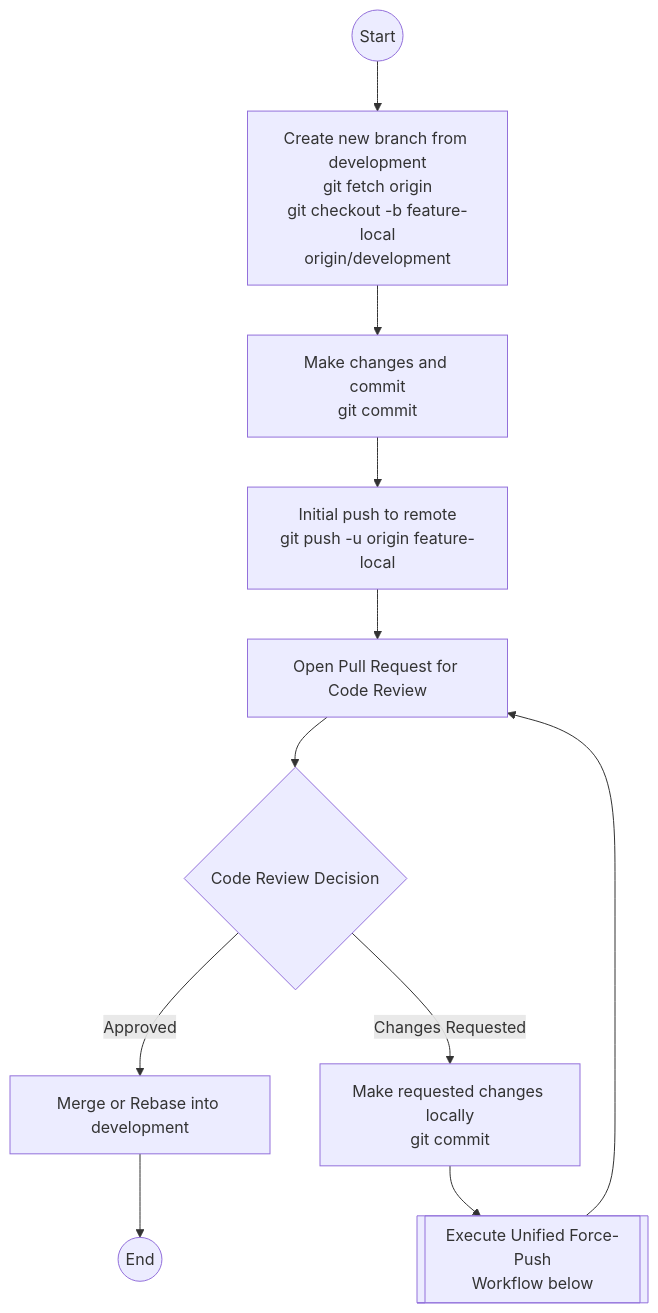
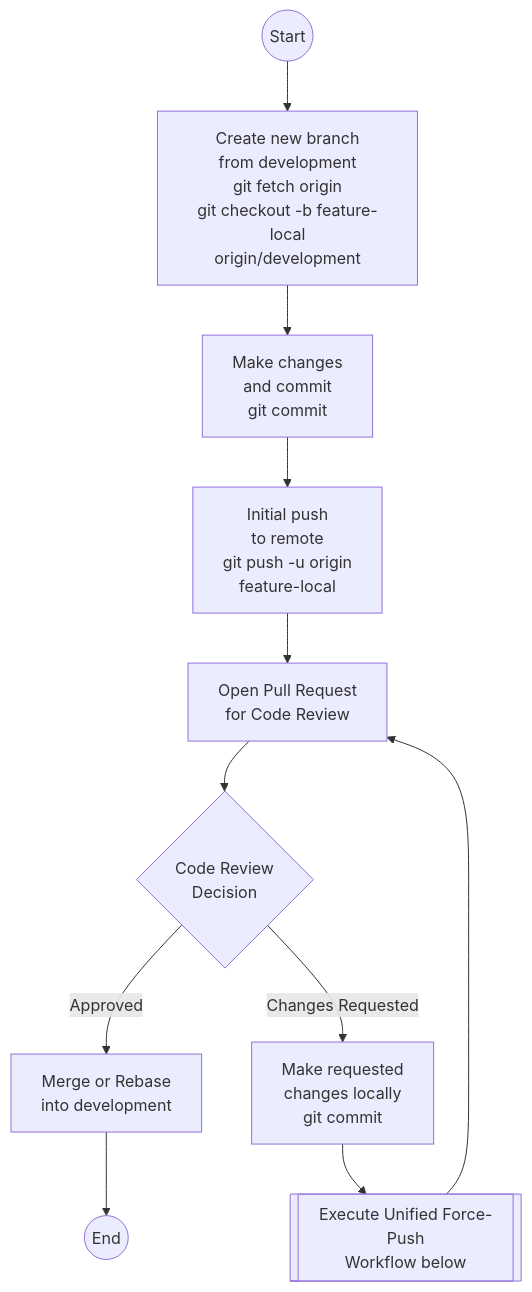
One commit to zurcacielos/git-rebase-explained-to-infinity changed the first of 14 diagrams in README.md. Above: the diagram before and after it, drawn with Mermaid. The commit also changed other lines of this file, not shown here.

Commit message:
Ultra-aggressive line wrapping on all Mermaid diagram nodes

````diff
--- a/README.md
+++ b/README.md
@@ -58,22 +58,30 @@
 ```mermaid
 flowchart TD
-    Start((Start)) --> Checkout["`Create new branch from development
+    Start((Start)) --> Checkout["`Create new branch
+    from development
     git fetch origin
     git checkout -b feature-local
     origin/development`"]
-    Checkout --> Commit["`Make changes and commit
+    Checkout --> Commit["`Make changes
+    and commit
     git commit`"]
-    Commit --> InitialPush["`Initial push to remote
-    git push -u origin feature-local`"]
-    InitialPush --> PR["`Open Pull Request for Code Review`"]
-    PR --> Review{"`Code Review Decision`"}
+    Commit --> InitialPush["`Initial push
+    to remote
+    git push -u origin
+    feature-local`"]
+    InitialPush --> PR["`Open Pull Request
+    for Code Review`"]
+    PR --> Review{"`Code Review
+    Decision`"}
     
-    Review -- Approved --> Merge["`Merge or Rebase into development`"]
+    Review -- Approved --> Merge["`Merge or Rebase
+    into development`"]
     Merge --> End((End))
     
-    Review -- Changes Requested --> MoreCommits["`Make requested changes locally
+    Review -- Changes Requested --> MoreCommits["`Make requested
+    changes locally
     git commit`"]
     MoreCommits --> UnifiedWorkflow[["`Execute Unified Force-Push
     Workflow below`"]]
     UnifiedWorkflow --> PR
 ```
````
